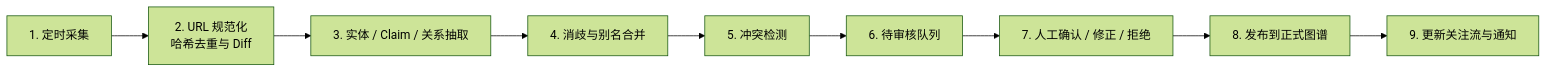
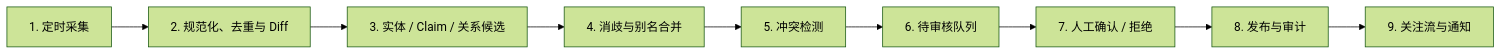
The third of 3 diagrams in docs/ARCHITECTURE.md (xuerp/ai-knowledge-explorer), drawn with Mermaid (forest theme) before and after one commit. The commit also changed other lines of this file and 18 other files, not shown here.

````diff
--- a/docs/ARCHITECTURE.md
+++ b/docs/ARCHITECTURE.md
@@ -74,14 +88,14 @@
 ```mermaid
 flowchart LR
   Collect["1. 定时采集"]
-  Diff["2. URL 规范化<br/>哈希去重与 Diff"]
-  Extract["3. 实体 / Claim / 关系抽取"]
+  Diff["2. 规范化、去重与 Diff"]
+  Extract["3. 实体 / Claim / 关系候选"]
   Resolve["4. 消歧与别名合并"]
   Conflict["5. 冲突检测"]
   Queue["6. 待审核队列"]
-  Human["7. 人工确认 / 修正 / 拒绝"]
-  Publish["8. 发布到正式图谱"]
-  Notify["9. 更新关注流与通知"]
+  Human["7. 人工确认 / 拒绝"]
+  Publish["8. 发布与审计"]
+  Notify["9. 关注流与通知"]
 
   Collect --> Diff --> Extract --> Resolve --> Conflict --> Queue --> Human --> Publish --> Notify
 ```
````
